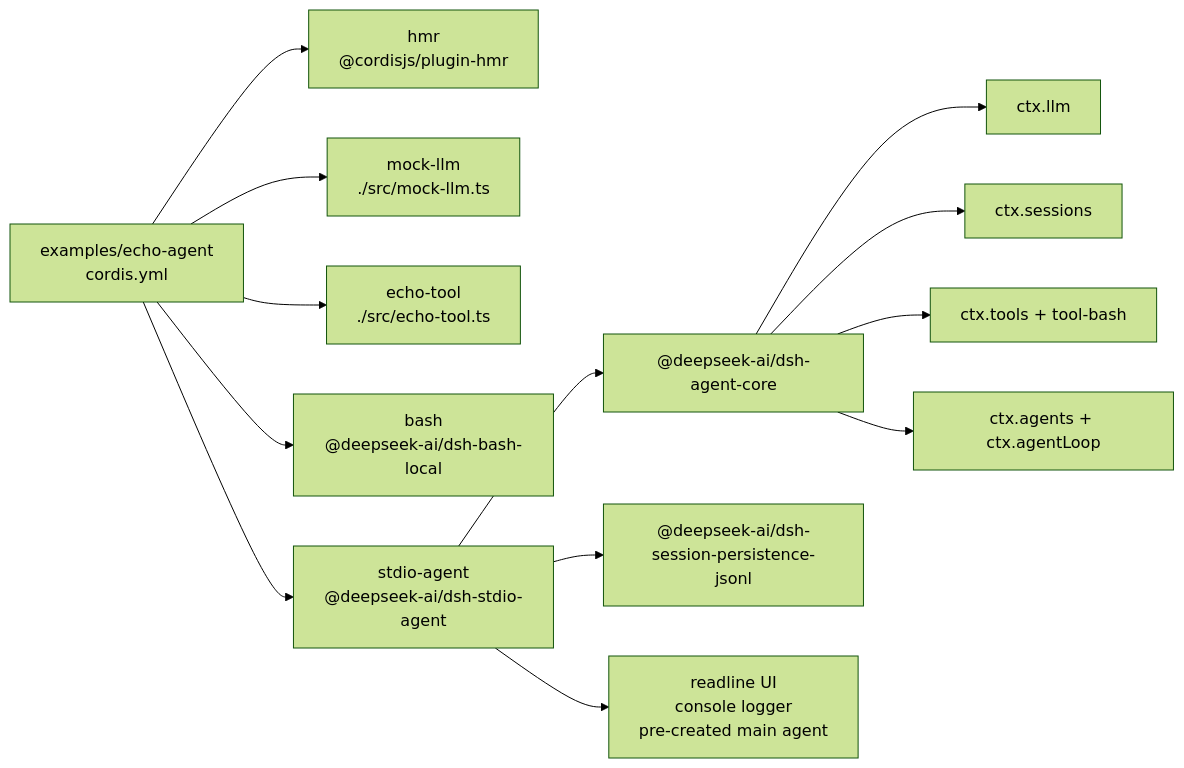
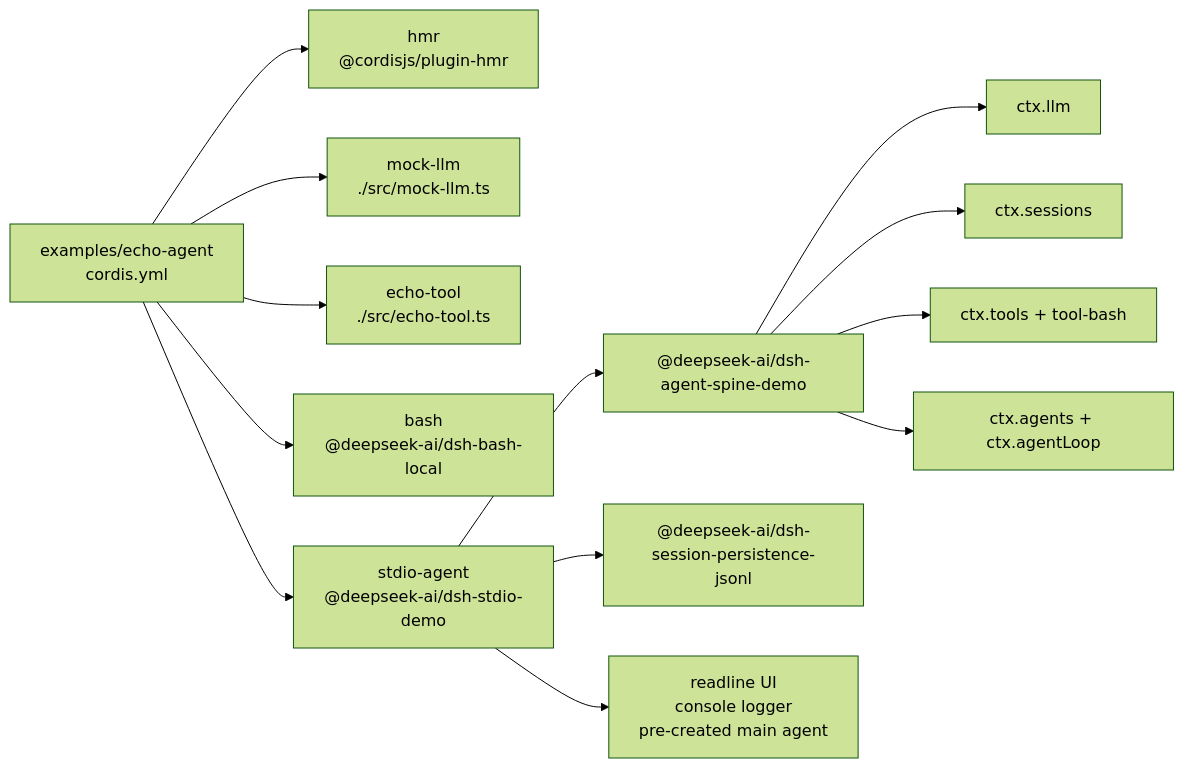
The diagram in examples/echo-agent/composition.md (eru123/coco-harness), drawn with Mermaid (forest theme) before and after one commit. The commit also changed other lines of this file and 154 other files, not shown here.

First line of the commit message:
Merge pull request #325 from deepseek-harness/worktree-demo-move

````diff
--- a/examples/echo-agent/composition.md
+++ b/examples/echo-agent/composition.md
@@ -8,21 +8,21 @@
 ```mermaid
 flowchart LR
   cfg["examples/echo-agent<br/>cordis.yml"]
   plugin_echo_hmr["hmr<br/>@cordisjs/plugin-hmr"]
   cfg --> plugin_echo_hmr
   plugin_echo_mock_llm["mock-llm<br/>./src/mock-llm.ts"]
   cfg --> plugin_echo_mock_llm
   plugin_echo_echo_tool["echo-tool<br/>./src/echo-tool.ts"]
   cfg --> plugin_echo_echo_tool
   plugin_echo_bash["bash<br/>@deepseek-ai/dsh-bash-local"]
   cfg --> plugin_echo_bash
-  plugin_echo_stdio_agent["stdio-agent<br/>@deepseek-ai/dsh-stdio-agent"]
+  plugin_echo_stdio_agent["stdio-agent<br/>@deepseek-ai/dsh-stdio-demo"]
   cfg --> plugin_echo_stdio_agent
-  plugin_echo_stdio_agent --> bundle_agent_core["@deepseek-ai/dsh-agent-core"]
+  plugin_echo_stdio_agent --> bundle_agent_core["@deepseek-ai/dsh-agent-spine-demo"]
   plugin_echo_stdio_agent --> bundle_jsonl["@deepseek-ai/dsh-session-persistence-jsonl"]
   plugin_echo_stdio_agent --> frontdoor_stdio["readline UI<br/>console logger<br/>pre-created main agent"]
   bundle_agent_core --> spine_llm["ctx.llm"]
   bundle_agent_core --> spine_sessions["ctx.sessions"]
   bundle_agent_core --> spine_tools["ctx.tools + tool-bash"]
   bundle_agent_core --> spine_loop["ctx.agents + ctx.agentLoop"]
 ```
````
